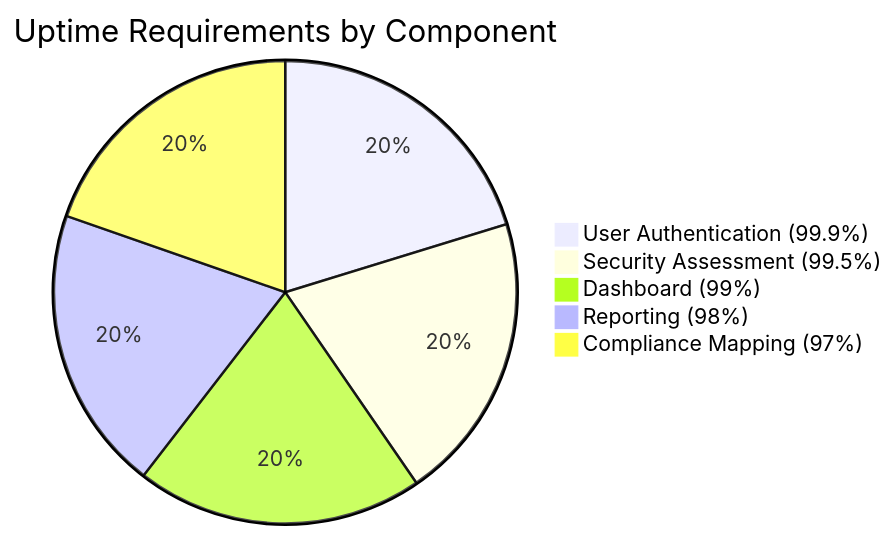
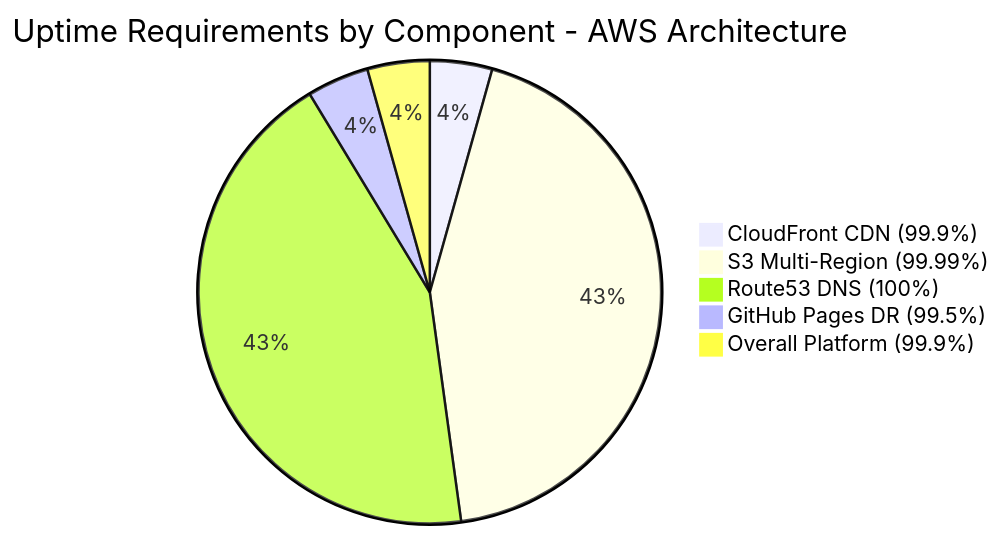
Diagram 14 of 33 in docs/architecture/BCPPlan.md (Hack23/cia-compliance-manager), drawn with Mermaid before and after one commit. The commit also changed other lines of this file and 6 other files, not shown here.

First line of the commit message:
Update architecture documentation to reflect AWS CloudFront + S3 multi-region deployment

````diff
--- a/docs/architecture/BCPPlan.md
+++ b/docs/architecture/BCPPlan.md
@@ -493,8 +514,8 @@
 ```mermaid
-pie title Uptime Requirements by Component
-    "User Authentication (99.9%)" : 999
-    "Security Assessment (99.5%)" : 995
-    "Dashboard (99%)" : 990
-    "Reporting (98%)" : 980
-    "Compliance Mapping (97%)" : 970
+pie title Uptime Requirements by Component - AWS Architecture
+    "CloudFront CDN (99.9%)" : 999
+    "S3 Multi-Region (99.99%)" : 9999
+    "Route53 DNS (100%)" : 10000
+    "GitHub Pages DR (99.5%)" : 995
+    "Overall Platform (99.9%)" : 999
 ```
````
